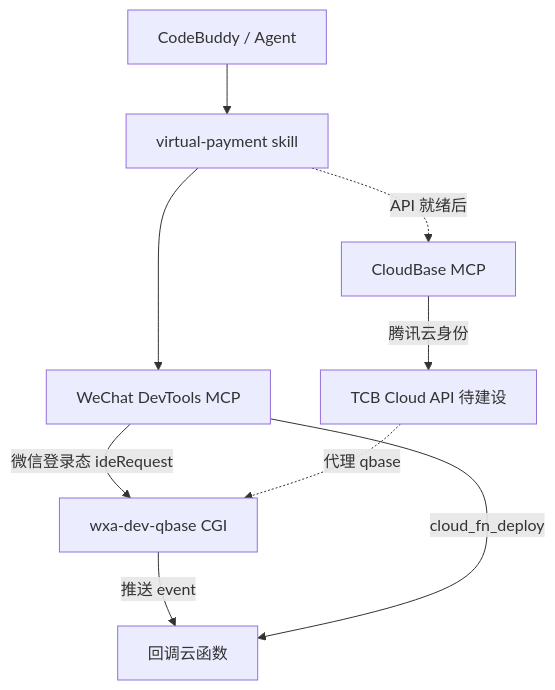
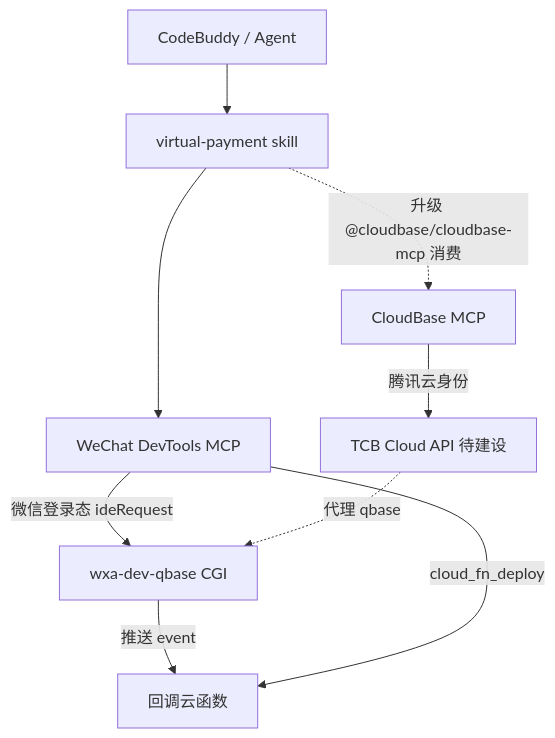
One commit to TencentCloudBase/CloudBase-AI-Toolkit changed the diagram in specs/virtual-payment-mcp/design.md. Above: the diagram before and after it, drawn with Mermaid. The commit also changed other lines of this file and 4 other files, not shown here.

````diff
--- a/specs/virtual-payment-mcp/design.md
+++ b/specs/virtual-payment-mcp/design.md
@@ -11,19 +11,19 @@
 ```mermaid
 flowchart TB
   Agent[CodeBuddy / Agent]
   Skill[virtual-payment skill]
   IDEMCP[WeChat DevTools MCP]
   CBMCP[CloudBase MCP]
   QBase[wxa-dev-qbase CGI]
   TCB[TCB Cloud API 待建设]
   SCF[回调云函数]
 
   Agent --> Skill
   Skill --> IDEMCP
-  Skill -.->|API 就绪后| CBMCP
+  Skill -.->|升级 @cloudbase/cloudbase-mcp 消费| CBMCP
   IDEMCP -->|微信登录态 ideRequest| QBase
   CBMCP -->|腾讯云身份| TCB
   TCB -.->|代理 qbase| QBase
   QBase -->|推送 event| SCF
   IDEMCP -->|cloud_fn_deploy| SCF
 ```
````
